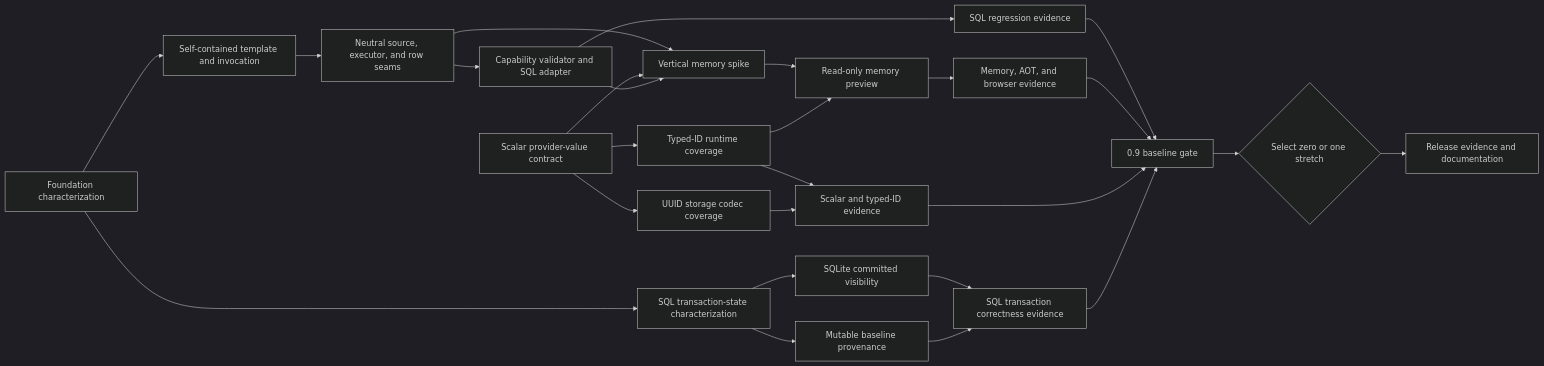
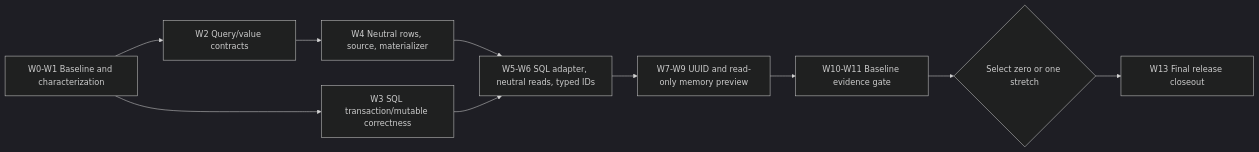
One commit to bazer/DataLinq changed the diagram in docs/dev-plans/roadmap-implementation/v0.9/README.md. Above: the diagram before and after it, drawn with Mermaid (dark theme). The commit also changed other lines of this file and 14 other files, not shown here.

````diff
--- a/docs/dev-plans/roadmap-implementation/v0.9/README.md
+++ b/docs/dev-plans/roadmap-implementation/v0.9/README.md
@@ -65,33 +67,12 @@
 ```mermaid
 flowchart LR
-    F0["Foundation characterization"] --> F1["Self-contained template and invocation"]
-    F1 --> F2["Neutral source, executor, and row seams"]
-    F2 --> F3["Capability validator and SQL adapter"]
-
-    V0["Scalar provider-value contract"] --> V1["Typed-ID runtime coverage"]
-    V0 --> V2["UUID storage codec coverage"]
-
-    F0 --> T0["SQL transaction-state characterization"]
-    T0 --> T1["SQLite committed visibility"]
-    T0 --> T2["Mutable baseline provenance"]
-
-    F2 --> M0["Vertical memory spike"]
-    V0 --> M0
-    F3 --> M0
-    M0 --> M1["Read-only memory preview"]
-    V1 --> M1
-
-    F3 --> E0["SQL regression evidence"]
-    M1 --> E1["Memory, AOT, and browser evidence"]
-    V1 --> E2["Scalar and typed-ID evidence"]
-    V2 --> E2
-    T1 --> E3["SQL transaction correctness evidence"]
-    T2 --> E3
-    E0 --> G["0.9 baseline gate"]
-    E1 --> G
-    E2 --> G
-    E3 --> G
-
-    G --> S{"Select zero or one stretch"}
-    S --> R["Release evidence and documentation"]
+    W0["W0-W1 Baseline and characterization"] --> W2["W2 Query/value contracts"]
+    W0 --> W3["W3 SQL transaction/mutable correctness"]
+    W2 --> W4["W4 Neutral rows, source, materializer"]
+    W4 --> W5["W5-W6 SQL adapter, neutral reads, typed IDs"]
+    W3 --> W5
+    W5 --> W7["W7-W9 UUID and read-only memory preview"]
+    W7 --> W10["W10-W11 Baseline evidence gate"]
+    W10 --> S{"Select zero or one stretch"}
+    S --> W13["W13 Final release closeout"]
 ```
````
